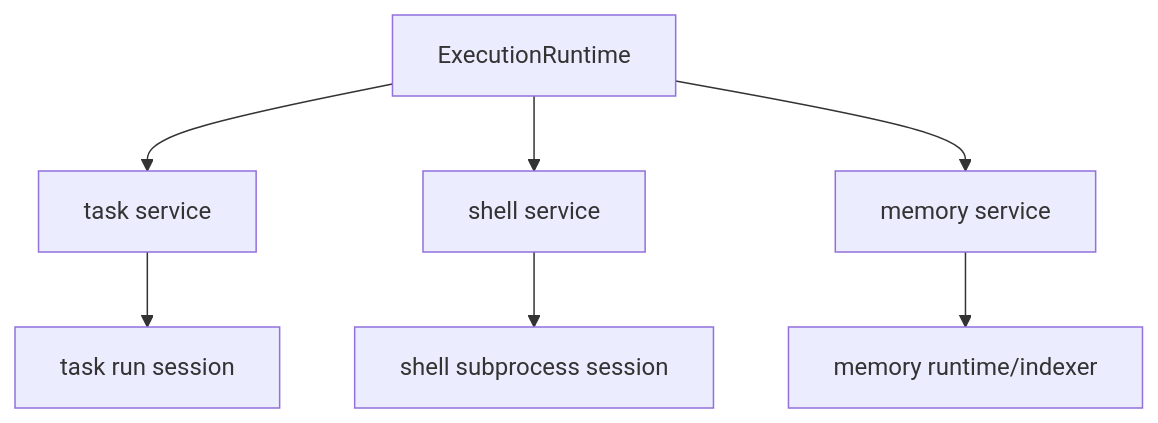
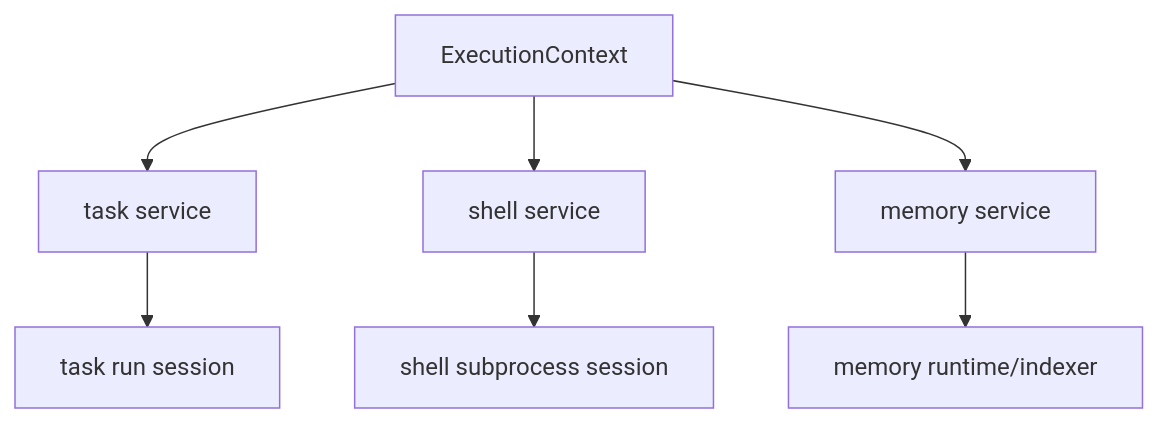
Before and after one commit to wangenius/downcity: the first of 4 diagrams in devdocs/task-shell-memory-flow.md, drawn with Mermaid. The commit also changed other lines of this file and 168 other files, not shown here.

````diff
--- a/devdocs/task-shell-memory-flow.md
+++ b/devdocs/task-shell-memory-flow.md
@@ -19,10 +19,10 @@
 ```mermaid
 flowchart TD
-  ER["ExecutionRuntime"] --> TASK["task service"]
+  ER["ExecutionContext"] --> TASK["task service"]
   ER --> SHELL["shell service"]
   ER --> MEMORY["memory service"]
 
   TASK --> TSESSION["task run session"]
   SHELL --> SPROC["shell subprocess session"]
   MEMORY --> MINDEX["memory runtime/indexer"]
 ```
````
